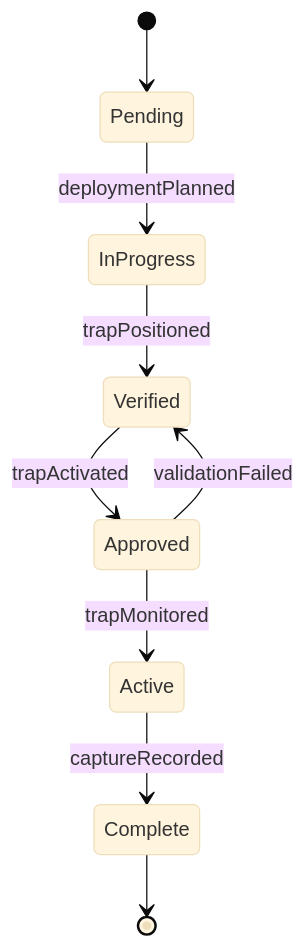
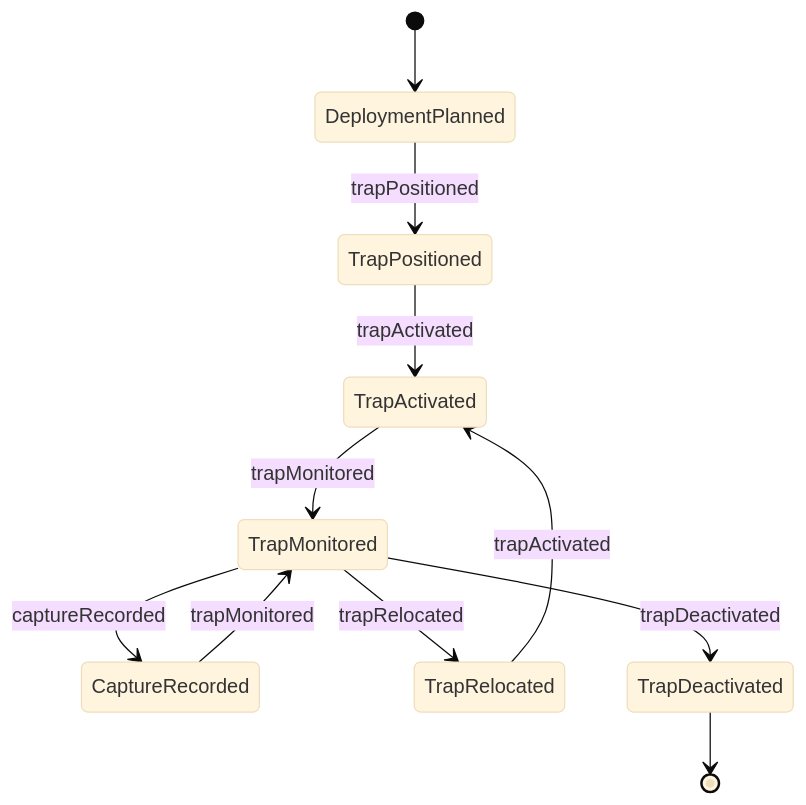
Before and after one commit to dot-org-ai/tasks.org.ai: the second of 4 diagrams in HandlingAndMovingObjects/PositionToolsOrEquipment/PositionAnimalTrappingCaptureEquipment.mdx, drawn with Mermaid (base theme). The commit also changed other lines of this file and 515 other files, not shown here.

````diff
--- a/HandlingAndMovingObjects/PositionToolsOrEquipment/PositionAnimalTrappingCaptureEquipment.mdx
+++ b/HandlingAndMovingObjects/PositionToolsOrEquipment/PositionAnimalTrappingCaptureEquipment.mdx
@@ -99,11 +99,13 @@
 ```mermaid
 stateDiagram-v2
-    [*] --> Pending
-    Pending --> InProgress : deploymentPlanned
-    InProgress --> Verified : trapPositioned
-    Verified --> Approved : trapActivated
-    Approved --> Active : trapMonitored
-    Active --> Complete : captureRecorded
-    Approved --> Verified : validationFailed
-    Complete --> [*]
+    [*] --> DeploymentPlanned
+    DeploymentPlanned --> TrapPositioned : trapPositioned
+    TrapPositioned --> TrapActivated : trapActivated
+    TrapActivated --> TrapMonitored : trapMonitored
+    TrapMonitored --> CaptureRecorded : captureRecorded
+    CaptureRecorded --> TrapMonitored : trapMonitored
+    TrapMonitored --> TrapRelocated : trapRelocated
+    TrapRelocated --> TrapActivated : trapActivated
+    TrapMonitored --> TrapDeactivated : trapDeactivated
+    TrapDeactivated --> [*]
 ```
````
